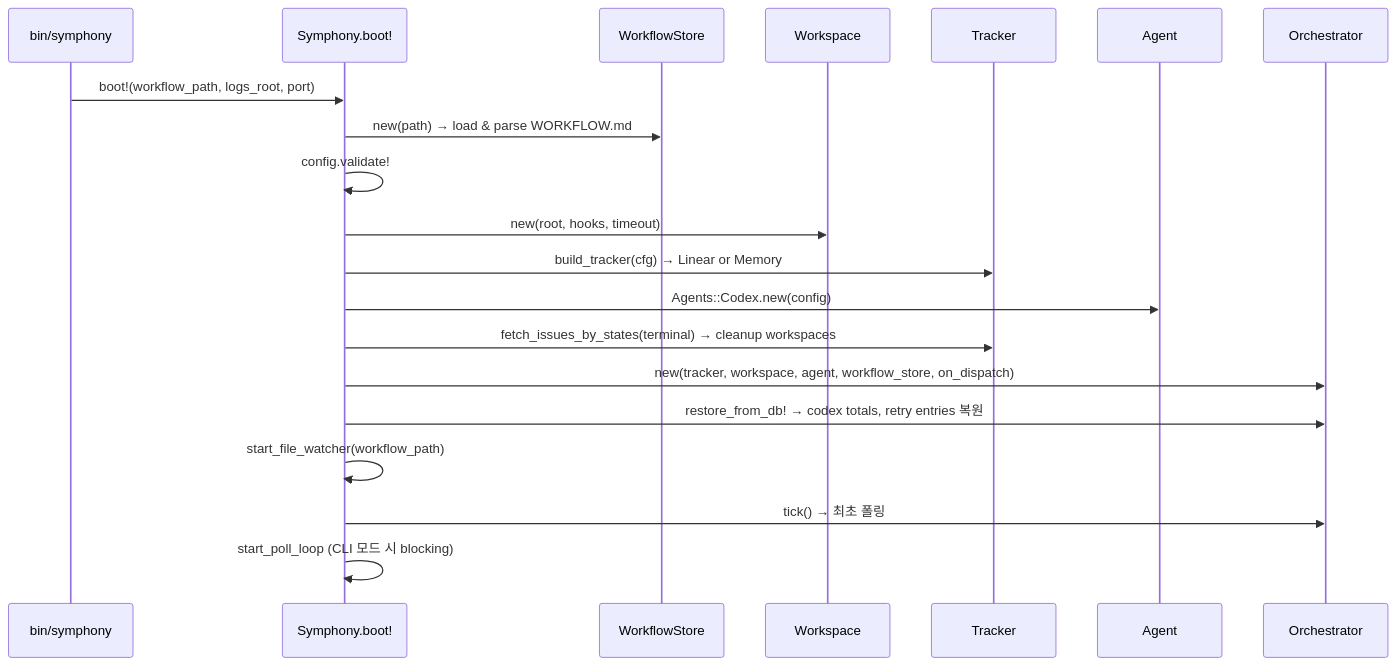
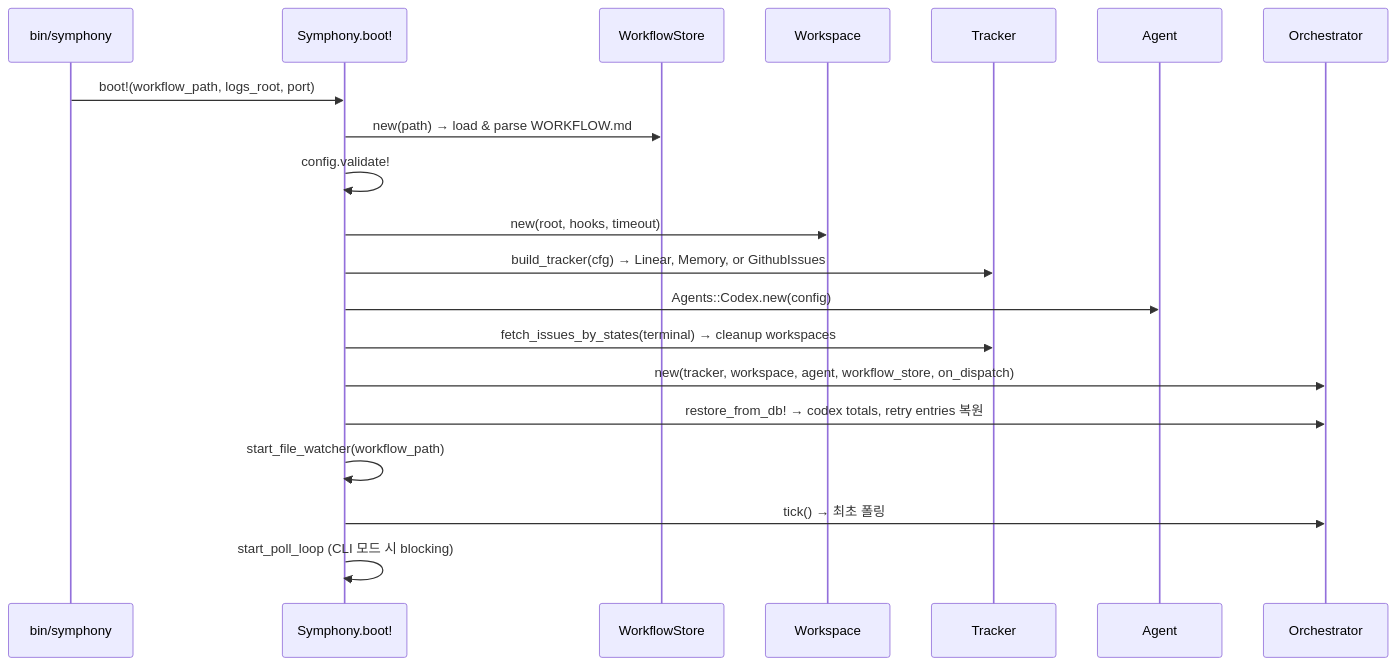
Before and after one commit to psw7205/rails-symphony: the first of 6 diagrams in docs/guides/feature-reference.md, drawn with Mermaid. The commit also changed 3 other files, not shown here.

Commit message:
docs(admin): sync github tracker docs

````diff
--- a/docs/guides/feature-reference.md
+++ b/docs/guides/feature-reference.md
@@ -17,23 +17,23 @@
 ```mermaid
 sequenceDiagram
     participant CLI as bin/symphony
     participant Boot as Symphony.boot!
     participant WS as WorkflowStore
     participant WK as Workspace
     participant TR as Tracker
     participant AG as Agent
     participant OR as Orchestrator
 
     CLI->>Boot: boot!(workflow_path, logs_root, port)
     Boot->>WS: new(path) → load & parse WORKFLOW.md
     Boot->>Boot: config.validate!
     Boot->>WK: new(root, hooks, timeout)
-    Boot->>TR: build_tracker(cfg) → Linear or Memory
+    Boot->>TR: build_tracker(cfg) → Linear, Memory, or GithubIssues
     Boot->>AG: Agents::Codex.new(config)
     Boot->>TR: fetch_issues_by_states(terminal) → cleanup workspaces
     Boot->>OR: new(tracker, workspace, agent, workflow_store, on_dispatch)
     Boot->>OR: restore_from_db! → codex totals, retry entries 복원
     Boot->>Boot: start_file_watcher(workflow_path)
     Boot->>OR: tick() → 최초 폴링
     Boot->>Boot: start_poll_loop (CLI 모드 시 blocking)
 ```
````
